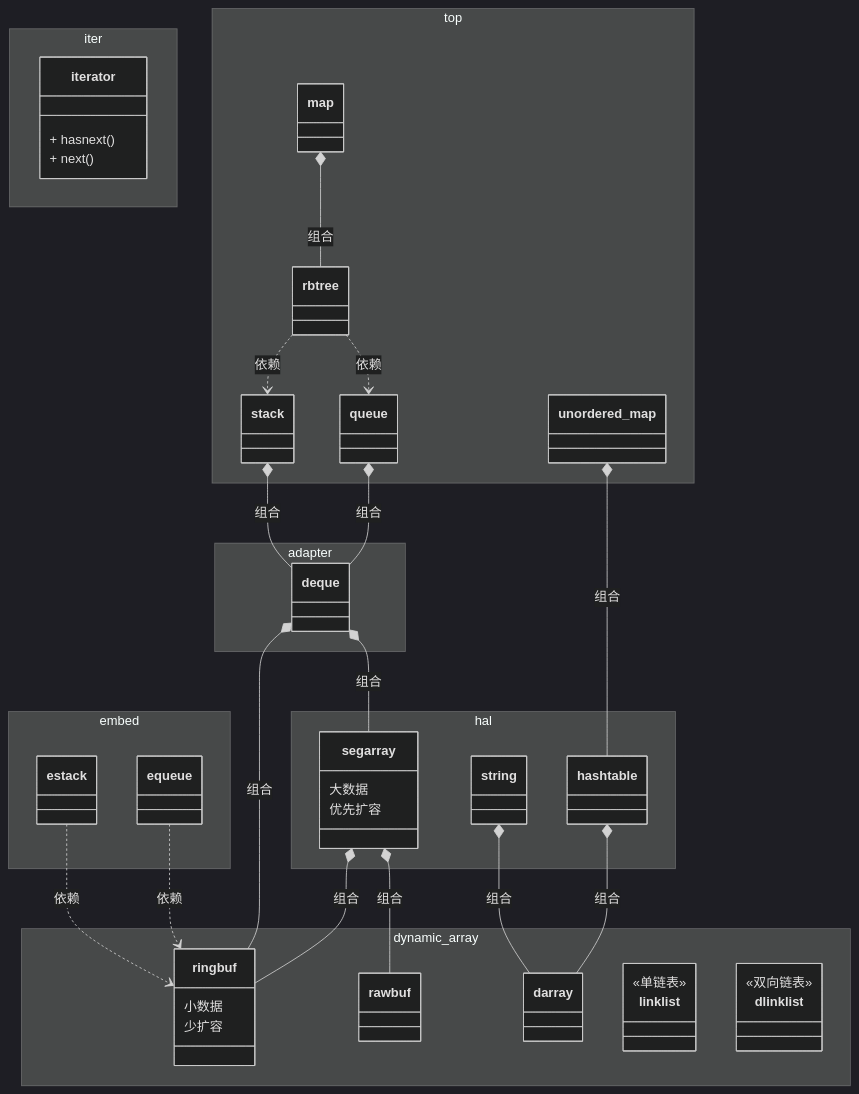
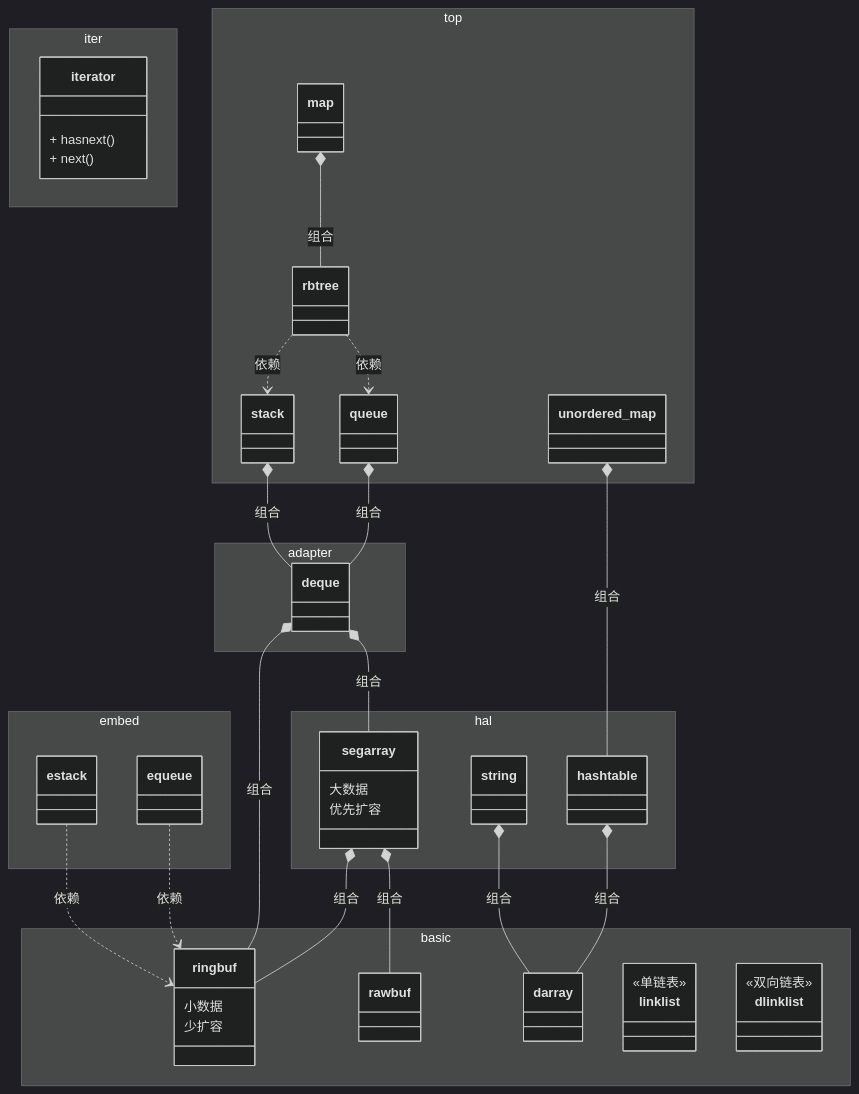
The diagram in README.md (Orig5826/unicstl), drawn with Mermaid (dark theme) before and after one commit. The commit also changed 22 other files, not shown here.

```diff
--- a/README.md
+++ b/README.md
@@ -22,7 +22,7 @@
 classDiagram
 direction TB
 
-namespace dynamic_array {
+namespace basic {
     class ringbuf{
         小数据
         少扩容
```
